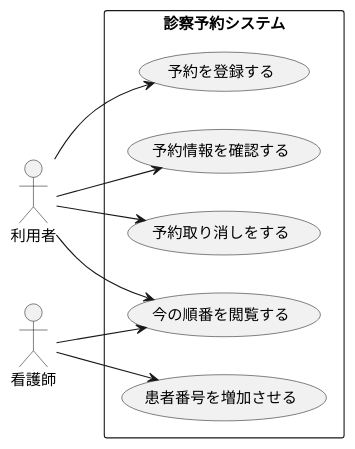
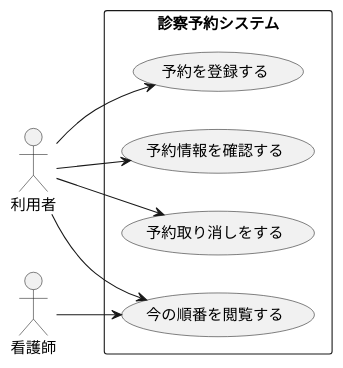
Before and after one commit to Skypeace8585/uml-introduction: the diagram in 演習6-3_ユースケース図_診察予約システム.pu, drawn with PlantUML.

```diff
--- a/演習6-3_ユースケース図_診察予約システム.pu
+++ b/演習6-3_ユースケース図_診察予約システム.pu
@@ -1,18 +1,16 @@
 @startuml
 left to right direction
 actor 利用者 as a
 actor 看護師 as b
 rectangle 診察予約システム{
     usecase 予約を登録する
     usecase 予約情報を確認する
     usecase 予約取り消しをする
     usecase 今の順番を閲覧する
-    usecase 患者番号を増加させる
 }
     a --> 予約を登録する
     a --> 予約情報を確認する
     a --> 予約取り消しをする
     a --> 今の順番を閲覧する
-    b --> 患者番号を増加させる
     b --> 今の順番を閲覧する
 @enduml
```
